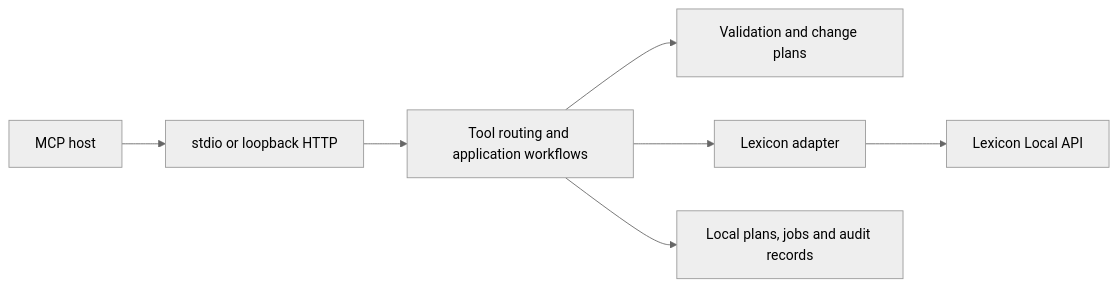
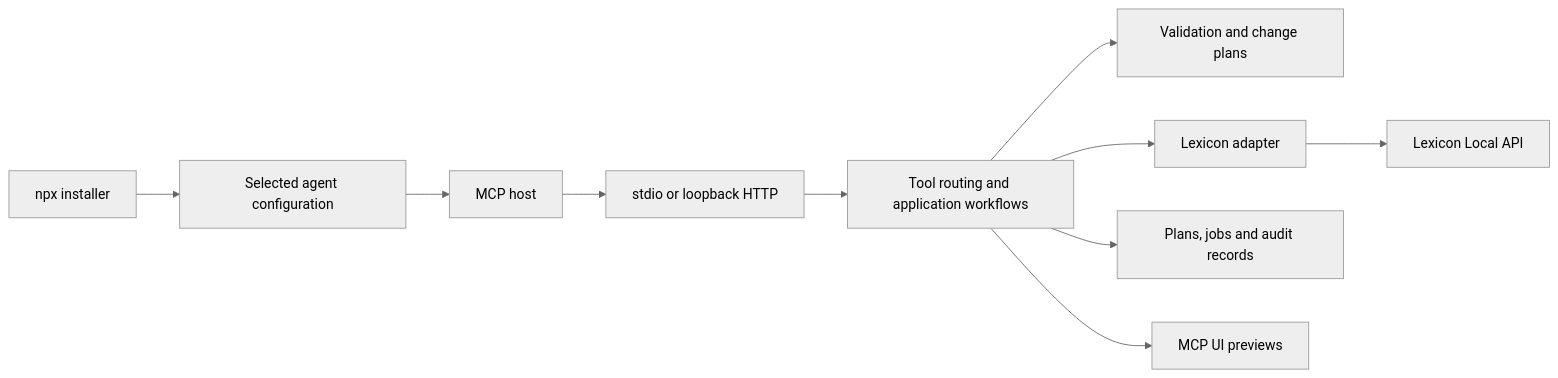
The diagram in docs/architecture.md (DavidNiessen/lexicon-mcp), drawn with Mermaid (neutral theme) before and after one commit. The commit also changed other lines of this file and 40 other files, not shown here.

Commit message:
feat(installer): replace native distribution with npx setup and MCP UI previews

````diff
--- a/docs/architecture.md
+++ b/docs/architecture.md
@@ -5,9 +5,12 @@
 ```mermaid
 flowchart LR
-  Host[MCP host] --> Transport[stdio or loopback HTTP]
+  Installer[npx installer] --> Config[Selected agent configuration]
+  Config --> Host[MCP host]
+  Host --> Transport[stdio or loopback HTTP]
   Transport --> Application[Tool routing and application workflows]
   Application --> Domain[Validation and change plans]
   Application --> API[Lexicon adapter]
   API --> Lexicon[Lexicon Local API]
-  Application --> Storage[Local plans, jobs and audit records]
+  Application --> Storage[Plans, jobs and audit records]
+  Application --> Preview[MCP UI previews]
 ```
````
